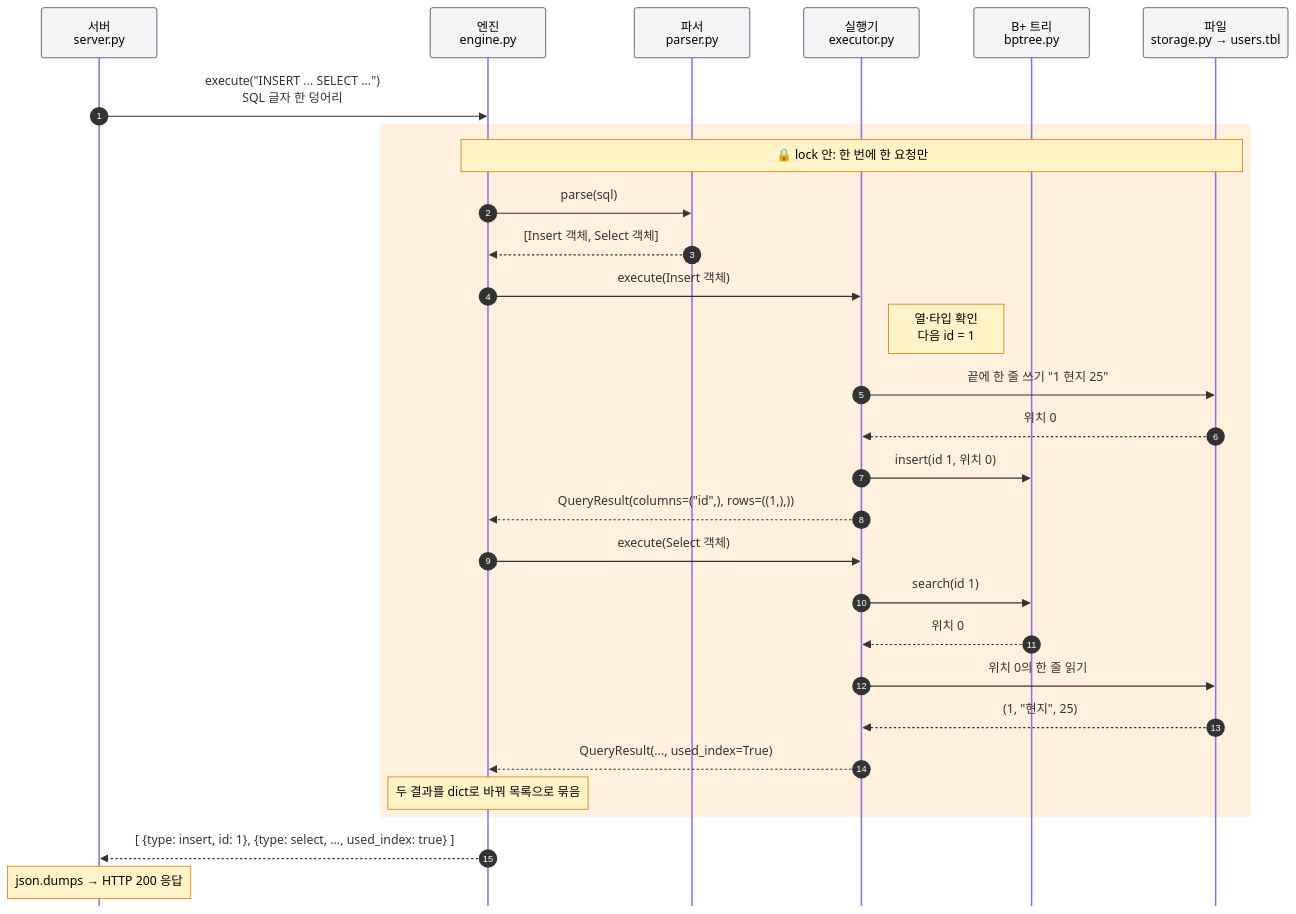
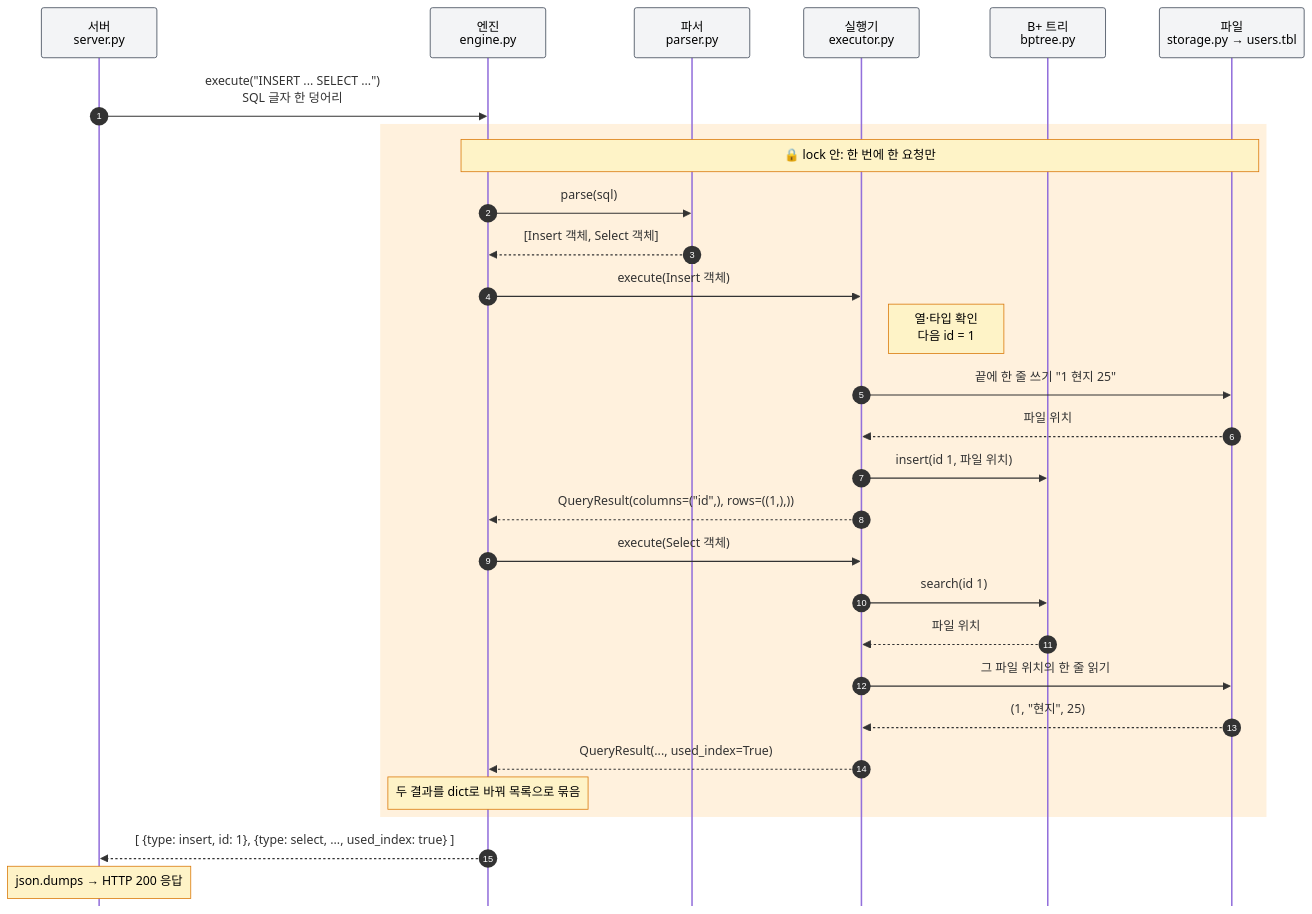
Before and after one commit to team1-mini-lab/mini-dbms: the diagram in README.md, drawn with Mermaid.

Commit message:
요청 흐름 그림: '위치 0'을 '파일 위치'로
Claude-Session: https://claude.ai/code/session_01Ks7nEcHBXfQvhB7V9SzU2w

````diff
--- a/README.md
+++ b/README.md
@@ -147,36 +147,36 @@
 ```mermaid
 %%{init: {"theme": "default", "themeVariables": {"fontSize": "18px", "noteBkgColor": "#fef3c7", "noteBorderColor": "#d97706", "actorBkg": "#f3f4f6", "actorBorder": "#374151"}, "sequence": {"actorMargin": 70, "messageMargin": 40, "actorFontSize": 18, "messageFontSize": 17, "noteFontSize": 16, "mirrorActors": false}}}%%
 sequenceDiagram
     autonumber
     participant S as 서버<br>server.py
     participant E as 엔진<br>engine.py
     participant P as 파서<br>parser.py
     participant X as 실행기<br>executor.py
     participant B as B+ 트리<br>bptree.py
     participant F as 파일<br>storage.py → users.tbl
 
     S->>E: execute("INSERT ... SELECT ...")<br>SQL 글자 한 덩어리
     rect rgba(255, 200, 120, 0.25)
     Note over E,F: 🔒 lock 안: 한 번에 한 요청만
     E->>P: parse(sql)
     P-->>E: [Insert 객체, Select 객체]
 
     E->>X: execute(Insert 객체)
     Note right of X: 열·타입 확인<br>다음 id = 1
     X->>F: 끝에 한 줄 쓰기 "1 현지 25"
-    F-->>X: 위치 0
-    X->>B: insert(id 1, 위치 0)
+    F-->>X: 파일 위치
+    X->>B: insert(id 1, 파일 위치)
     X-->>E: QueryResult(columns=("id",), rows=((1,),))
 
     E->>X: execute(Select 객체)
     X->>B: search(id 1)
-    B-->>X: 위치 0
-    X->>F: 위치 0의 한 줄 읽기
+    B-->>X: 파일 위치
+    X->>F: 그 파일 위치의 한 줄 읽기
     F-->>X: (1, "현지", 25)
     X-->>E: QueryResult(..., used_index=True)
 
     Note over E: 두 결과를 dict로 바꿔 목록으로 묶음
     end
     E-->>S: [ {type: insert, id: 1}, {type: select, ..., used_index: true} ]
     Note over S: json.dumps → HTTP 200 응답
 ```
````
